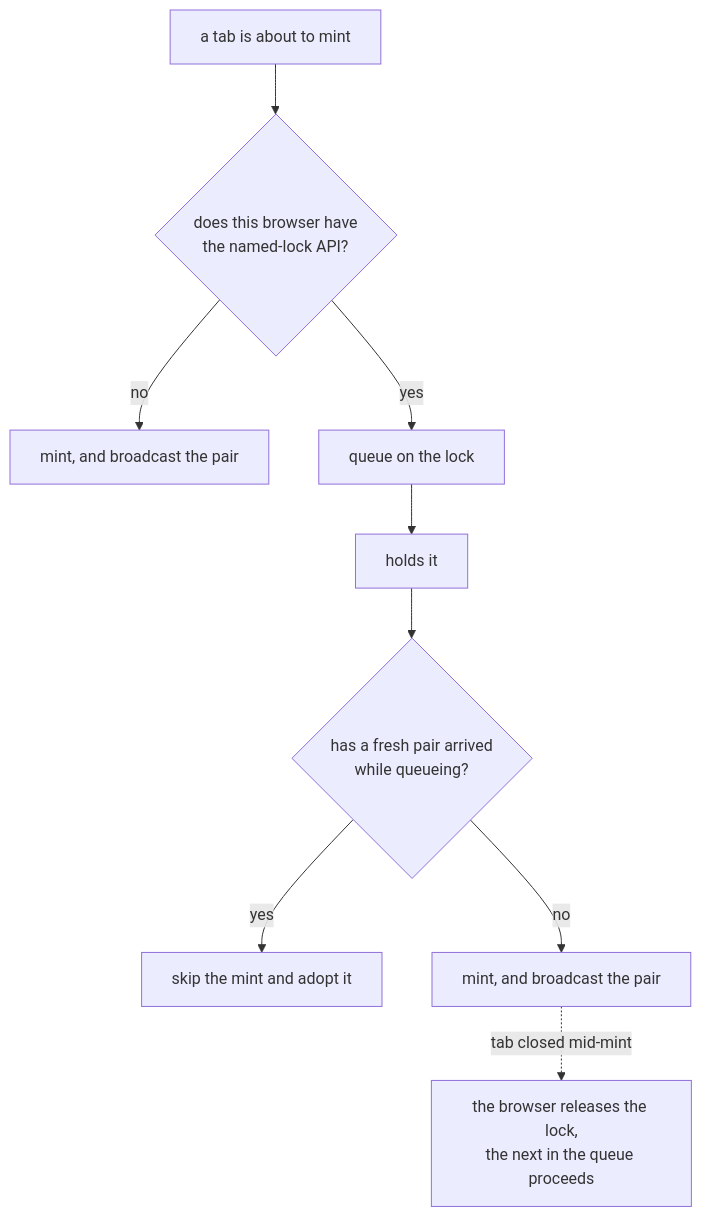
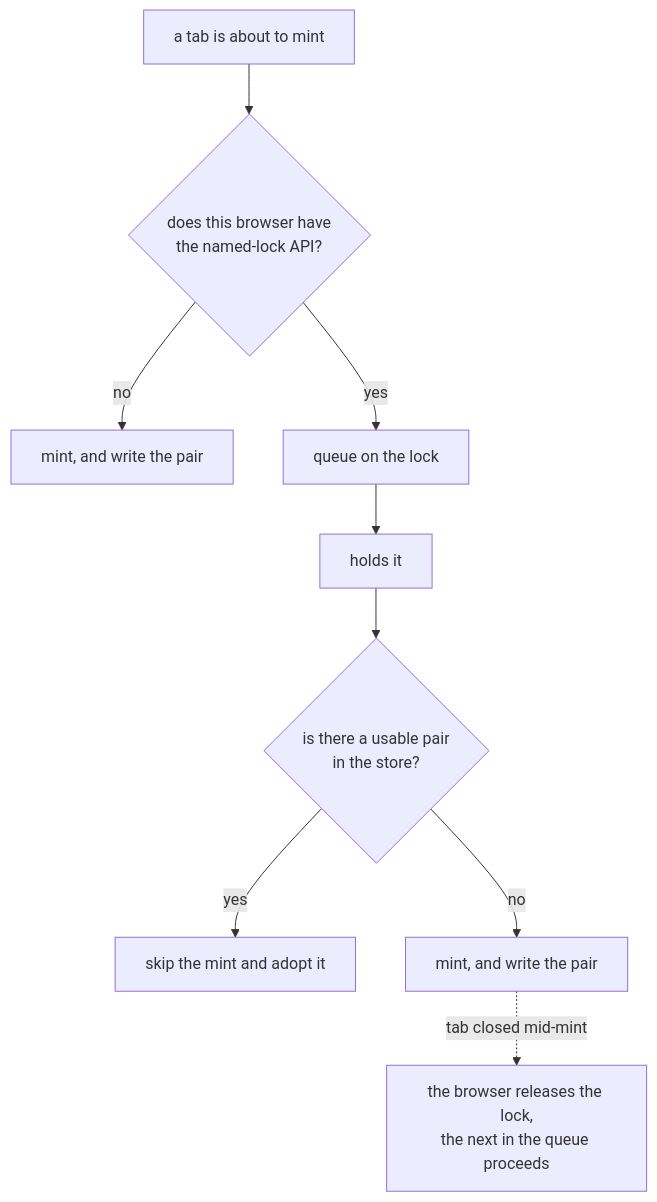
One commit to dfinity/internet-identity changed the fourth of 5 diagrams in docs/ongoing/client-app-sessions.md. Above: the diagram before and after it, drawn with Mermaid. The commit also changed other lines of this file and 1 other file, not shown here.

````diff
--- a/docs/ongoing/client-app-sessions.md
+++ b/docs/ongoing/client-app-sessions.md
@@ -230,11 +235,11 @@
 ```mermaid
 flowchart TD
     N["a tab is about to mint"] --> L{"does this browser have<br/>the named-lock API?"}
-    L -->|no| M1["mint, and broadcast the pair"]
+    L -->|no| M1["mint, and write the pair"]
     L -->|yes| Q["queue on the lock"]
     Q --> H["holds it"]
-    H --> R{"has a fresh pair arrived<br/>while queueing?"}
+    H --> R{"is there a usable pair<br/>in the store?"}
     R -->|yes| S["skip the mint and adopt it"]
-    R -->|no| M2["mint, and broadcast the pair"]
+    R -->|no| M2["mint, and write the pair"]
     M2 -.->|tab closed mid-mint| RL["the browser releases the lock,<br/>the next in the queue proceeds"]
 ```
````
